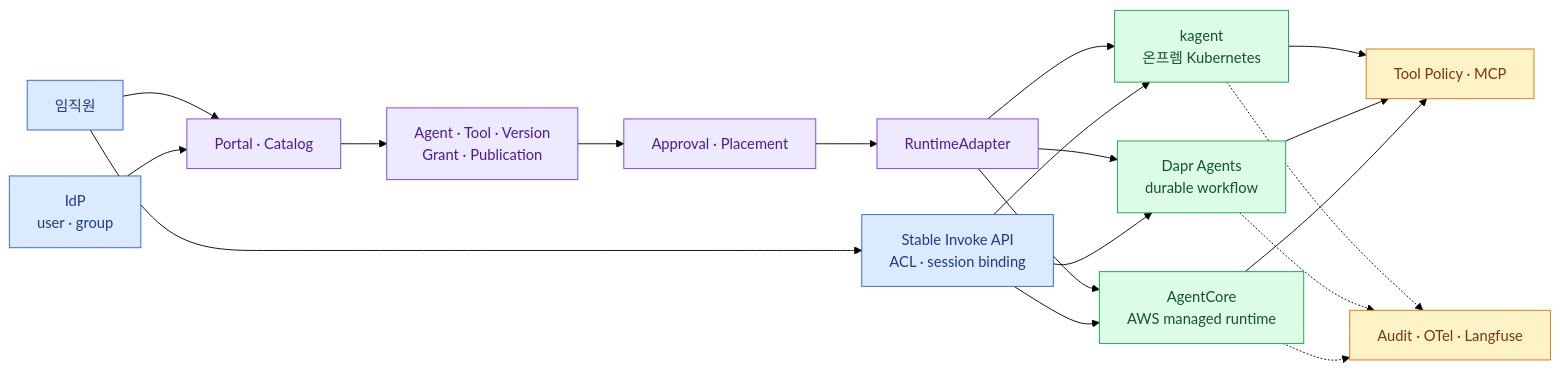
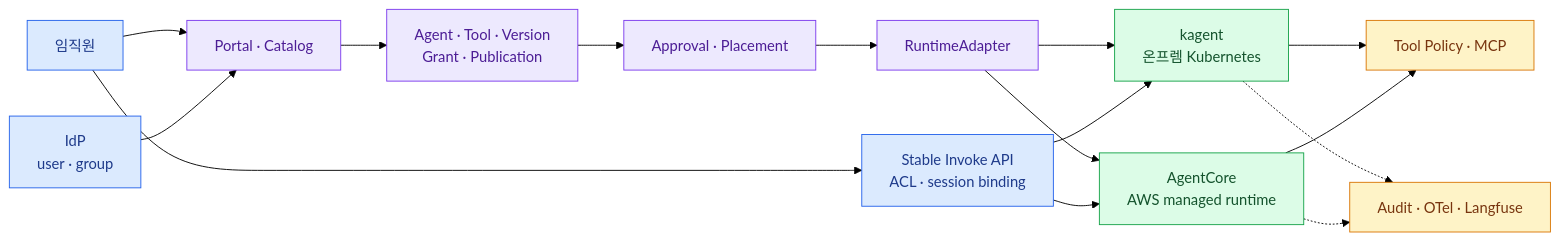
One commit to mechurak/study-starlight changed the diagram in src/content/docs/agent-platform/17-wrapup.mdx. Above: the diagram before and after it, drawn with Mermaid (forest theme). The commit also changed other lines of this file and 15 other files, not shown here.

````diff
--- a/src/content/docs/agent-platform/17-wrapup.mdx
+++ b/src/content/docs/agent-platform/17-wrapup.mdx
@@ -13,30 +13,26 @@
 ```mermaid
 flowchart LR
     USER["임직원"] --> PORTAL["Portal · Catalog"]
     IDP["IdP<br/>user · group"] --> PORTAL
     PORTAL --> CORE["Agent · Tool · Version<br/>Grant · Publication"]
     CORE --> POLICY["Approval · Placement"]
     POLICY --> ADAPTER["RuntimeAdapter"]
     ADAPTER --> KAG["kagent<br/>온프렘 Kubernetes"]
-    ADAPTER --> DAPR["Dapr Agents<br/>durable workflow"]
     ADAPTER --> ACR["AgentCore<br/>AWS managed runtime"]
     USER --> EDGE["Stable Invoke API<br/>ACL · session binding"]
     EDGE --> KAG
-    EDGE --> DAPR
     EDGE --> ACR
     KAG --> TOOL["Tool Policy · MCP"]
-    DAPR --> TOOL
     ACR --> TOOL
     KAG -.-> OBS["Audit · OTel · Langfuse"]
-    DAPR -.-> OBS
     ACR -.-> OBS
 
     classDef key fill:#dbeafe,stroke:#2563eb,color:#1e3a8a
     classDef zone fill:#ede9fe,stroke:#7c3aed,color:#4c1d95
     classDef ok fill:#dcfce7,stroke:#16a34a,color:#14532d
     classDef warn fill:#fef3c7,stroke:#d97706,color:#78350f
     class USER,IDP,EDGE key
     class PORTAL,CORE,POLICY,ADAPTER zone
-    class KAG,DAPR,ACR ok
+    class KAG,ACR ok
     class TOOL,OBS warn
 ```
````
